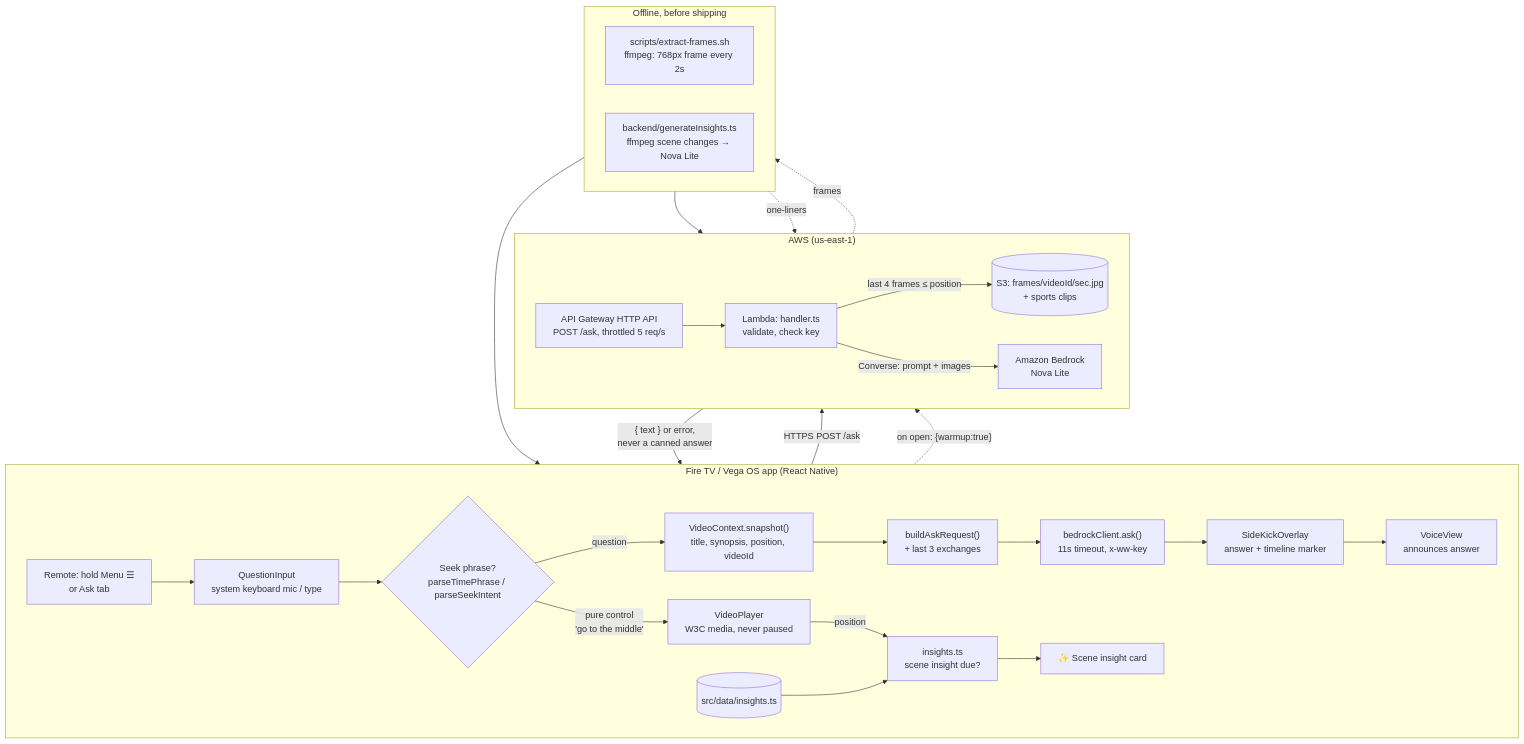
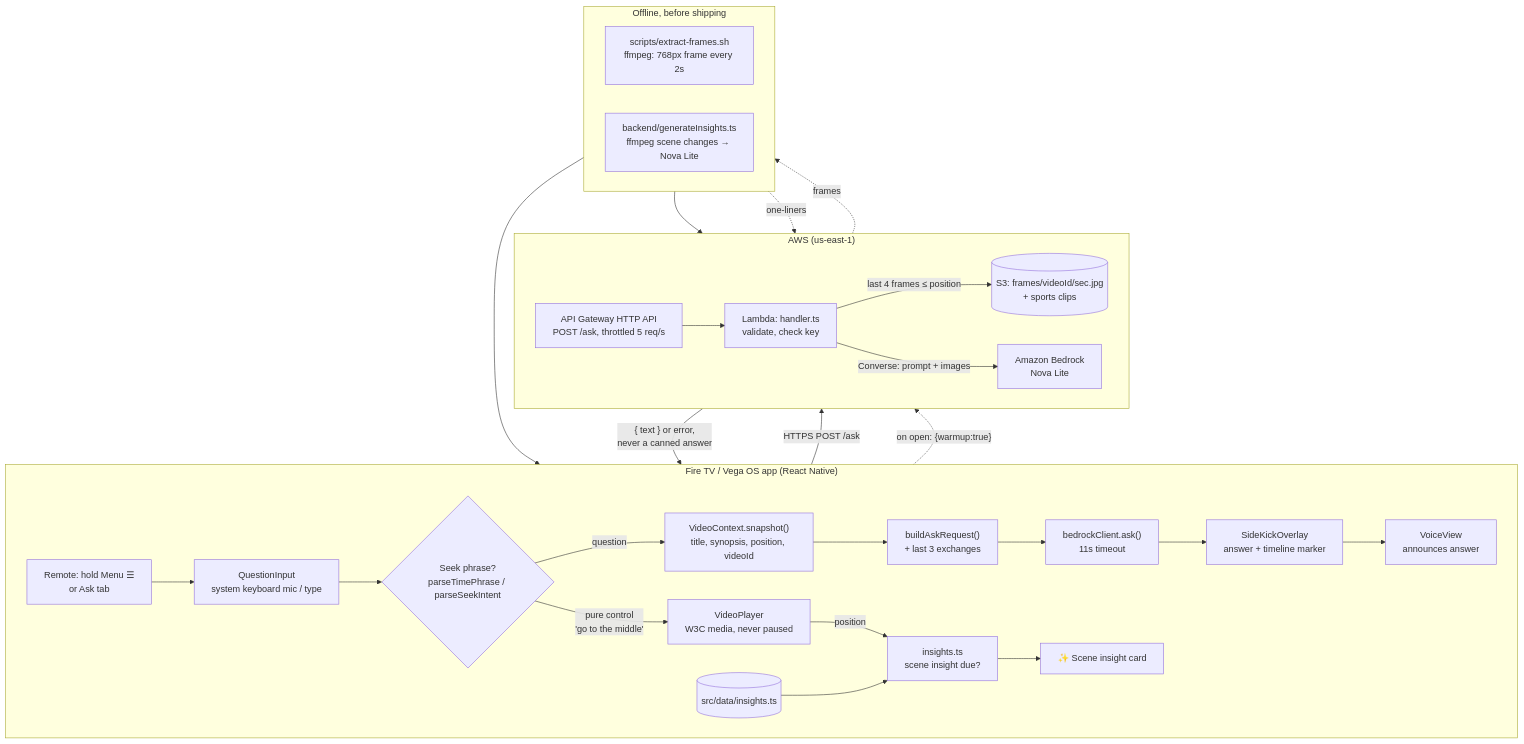
The diagram in README.md (Sk031397/WaitWhat), drawn with Mermaid before and after one commit. The commit also changed other lines of this file and 11 other files, not shown here.

````diff
--- a/README.md
+++ b/README.md
@@ -87,36 +83,36 @@
 ```mermaid
 flowchart TB
   subgraph TV["Fire TV / Vega OS app (React Native)"]
     direction LR
     Remote["Remote: hold Menu ☰<br/>or Ask tab"] --> Input["QuestionInput<br/>system keyboard mic / type"]
     Input --> Router{"Seek phrase?<br/>parseTimePhrase / parseSeekIntent"}
     Router -- "pure control<br/>'go to the middle'" --> Player["VideoPlayer<br/>W3C media, never paused"]
     Router -- question --> Snap["VideoContext.snapshot()<br/>title, synopsis, position, videoId"]
     Snap --> Build["buildAskRequest()<br/>+ last 3 exchanges"]
-    Build --> Client["bedrockClient.ask()<br/>11s timeout, x-ww-key"]
+    Build --> Client["bedrockClient.ask()<br/>11s timeout"]
     Client --> Overlay["SideKickOverlay<br/>answer + timeline marker"]
     Overlay --> VoiceView["VoiceView<br/>announces answer"]
     Player -- position --> Insights["insights.ts<br/>scene insight due?"]
     InsightData[("src/data/insights.ts")] --> Insights
     Insights --> Card["✨ Scene insight card"]
   end
 
   subgraph AWS["AWS (us-east-1)"]
     direction LR
     APIGW["API Gateway HTTP API<br/>POST /ask, throttled 5 req/s"] --> Lambda["Lambda: handler.ts<br/>validate, check key"]
     Lambda -- "last 4 frames ≤ position" --> S3[("S3: frames/videoId/sec.jpg<br/>+ sports clips")]
     Lambda -- "Converse: prompt + images" --> Bedrock["Amazon Bedrock<br/>Nova Lite"]
   end
 
   Client -- "HTTPS POST /ask" --> APIGW
   Lambda -- "{ text } or error,<br/>never a canned answer" --> Client
   Player -. "on open: {warmup:true}" .-> APIGW
 
   subgraph Offline["Offline, before shipping"]
     direction LR
     Extract["scripts/extract-frames.sh<br/>ffmpeg: 768px frame every 2s"] --> S3
     Gen["backend/generateInsights.ts<br/>ffmpeg scene changes → Nova Lite"] --> InsightData
   end
   S3 -. frames .-> Gen
   Gen -. "one-liners" .-> Bedrock
 ```
````
